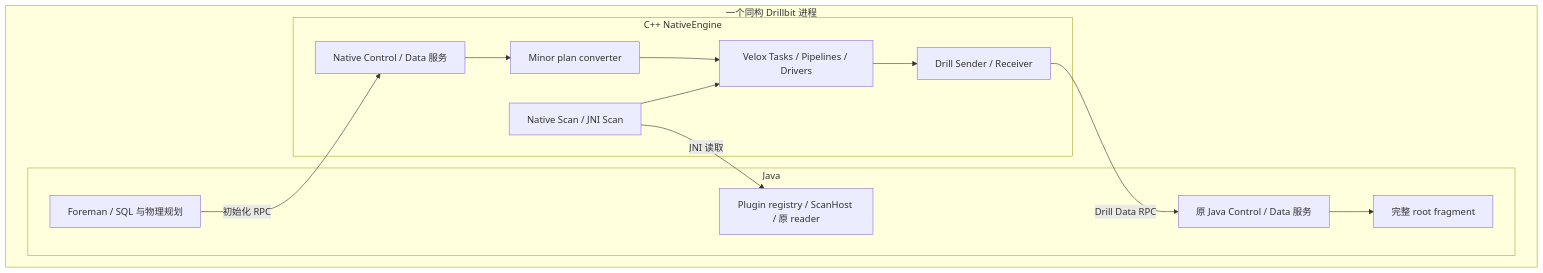
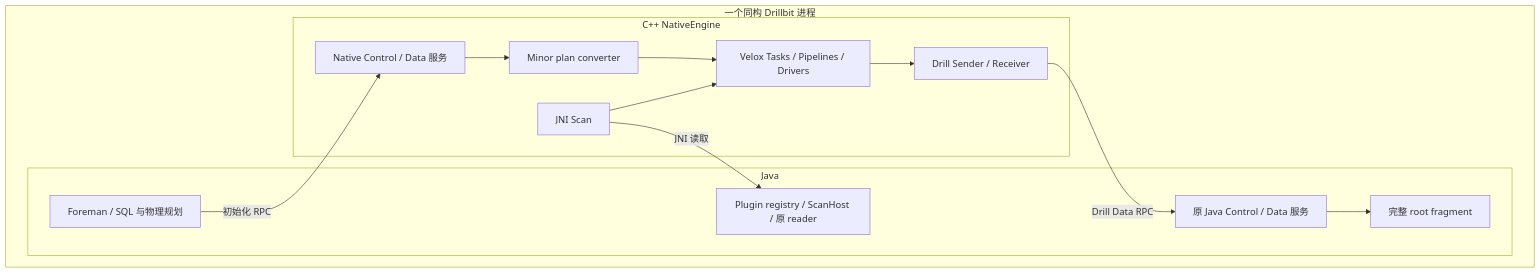
One commit to letian-jiang/drill changed the diagram in native-execution/DESIGN.md. Above: the diagram before and after it, drawn with Mermaid. The commit also changed other lines of this file and 55 other files, not shown here.

Commit message:
Keep native execution JNI-only and remove native scan SDK

````diff
--- a/native-execution/DESIGN.md
+++ b/native-execution/DESIGN.md
@@ -30,23 +30,23 @@
 ```mermaid
 flowchart TB
   subgraph bit[一个同构 Drillbit 进程]
     subgraph java[Java]
       foreman[Foreman / SQL 与物理规划]
       root[完整 root fragment]
       services[Plugin registry / ScanHost / 原 reader]
       rpc[原 Java Control / Data 服务]
     end
     subgraph native[C++ NativeEngine]
       control[Native Control / Data 服务]
       converter[Minor plan converter]
       tasks[Velox Tasks / Pipelines / Drivers]
-      scans[Native Scan / JNI Scan]
+      scans[JNI Scan]
       exchange[Drill Sender / Receiver]
     end
     foreman -->|初始化 RPC| control
     control --> converter --> tasks
     scans --> tasks --> exchange
     scans -->|JNI 读取| services
     exchange -->|Drill Data RPC| rpc --> root
   end
 ```
````
